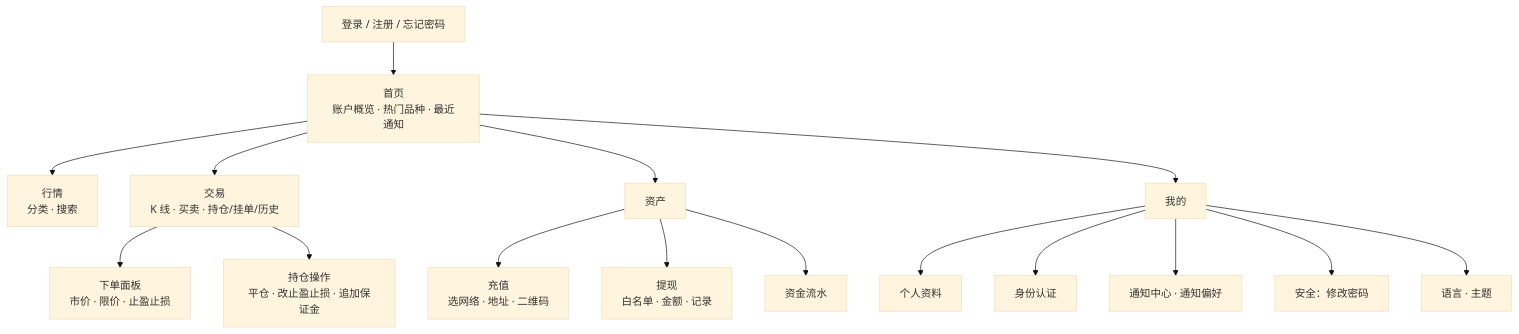
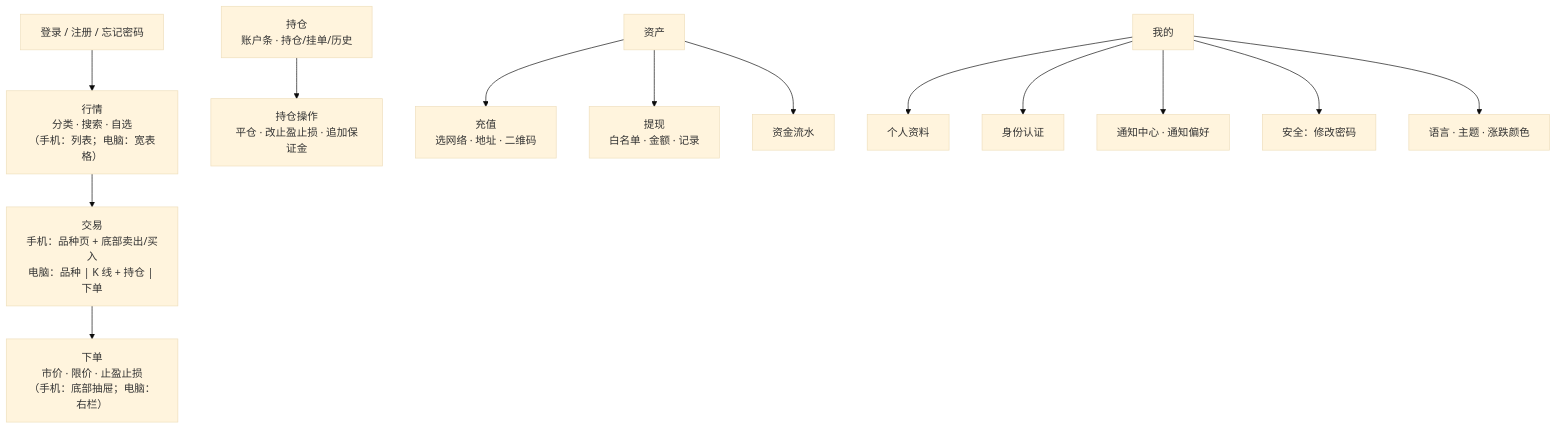
Before and after one commit to dollar3651314/falconx-lite: the second of 3 diagrams in 需求文档/v1-需求说明书.md, drawn with Mermaid (base theme). The commit also changed other lines of this file and 37 other files, not shown here.

````diff
--- a/需求文档/v1-需求说明书.md
+++ b/需求文档/v1-需求说明书.md
@@ -172,19 +175,18 @@
 ```mermaid
 flowchart TB
-    L["登录 / 注册 / 忘记密码"] --> H
-    H["首页<br/>账户概览 · 热门品种 · 最近通知"]
-    H --> M["行情<br/>分类 · 搜索"]
-    H --> T["交易<br/>K 线 · 买卖 · 持仓/挂单/历史"]
-    T --> T1["下单面板<br/>市价 · 限价 · 止盈止损"]
-    T --> T2["持仓操作<br/>平仓 · 改止盈止损 · 追加保证金"]
-    H --> A["资产"]
+    L["登录 / 注册 / 忘记密码"] --> M
+    M["行情<br/>分类 · 搜索 · 自选<br/>（手机：列表；电脑：宽表格）"] --> T
+    T["交易<br/>手机：品种页 + 底部卖出/买入<br/>电脑：品种 | K 线 + 持仓 | 下单"]
+    T --> T1["下单<br/>市价 · 限价 · 止盈止损<br/>（手机：底部抽屉；电脑：右栏）"]
+    O["持仓<br/>账户条 · 持仓/挂单/历史"] --> T2["持仓操作<br/>平仓 · 改止盈止损 · 追加保证金"]
+    A["资产"]
     A --> A1["充值<br/>选网络 · 地址 · 二维码"]
     A --> A2["提现<br/>白名单 · 金额 · 记录"]
     A --> A3["资金流水"]
-    H --> P["我的"]
+    P["我的"]
     P --> P1["个人资料"]
     P --> P2["身份认证"]
     P --> P3["通知中心 · 通知偏好"]
     P --> P4["安全：修改密码"]
-    P --> P5["语言 · 主题"]
+    P --> P5["语言 · 主题 · 涨跌颜色"]
 ```
````
